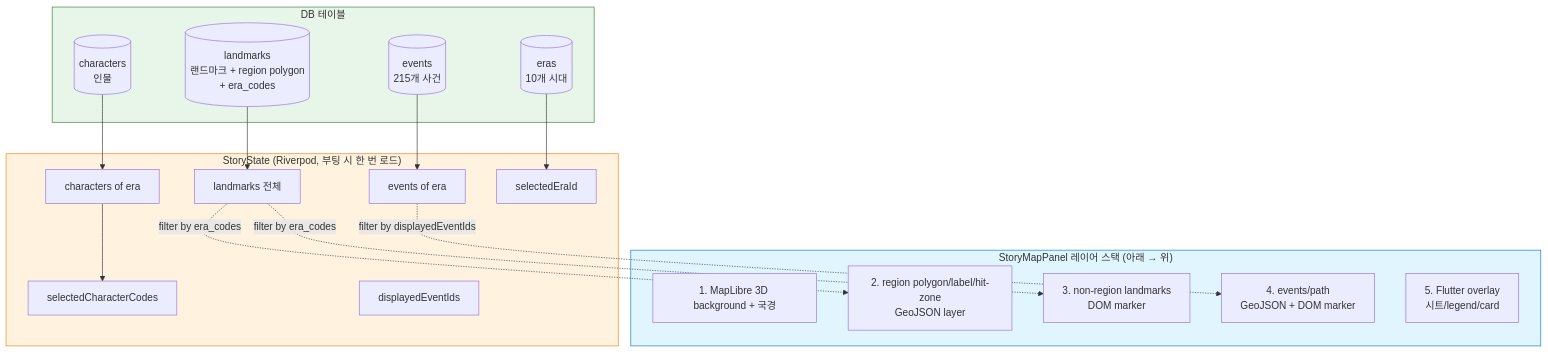
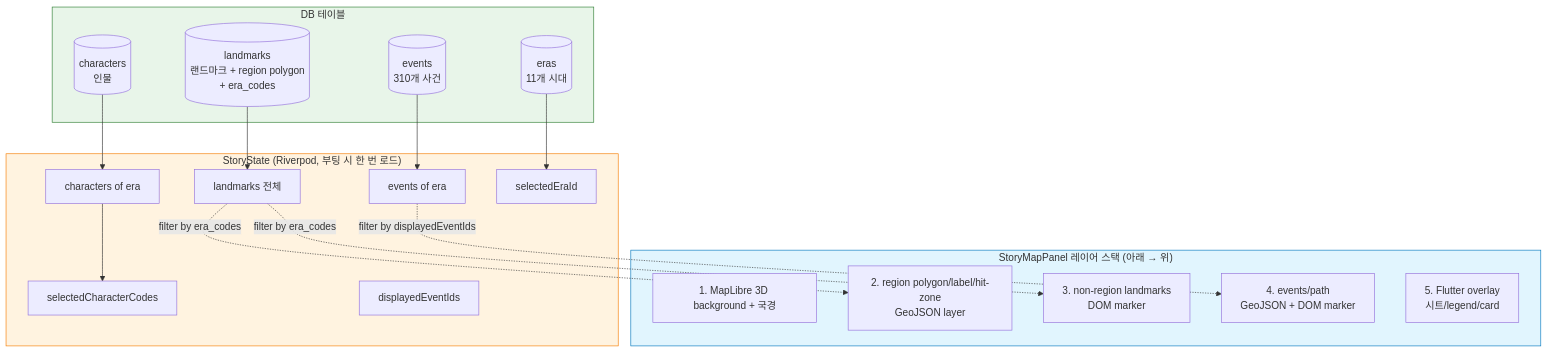
Before and after one commit to brand-i-admin/story_bible: the second of 5 diagrams in docs/guides/WORKFLOW_GUIDE.md, drawn with Mermaid. The commit also changed other lines of this file and 32 other files, not shown here.

````diff
--- a/docs/guides/WORKFLOW_GUIDE.md
+++ b/docs/guides/WORKFLOW_GUIDE.md
@@ -285,37 +290,37 @@
 ```mermaid
 flowchart TB
     subgraph DBL["DB 테이블"]
-        ER[(eras<br/>10개 시대)]
-        EV[(events<br/>215개 사건)]
+        ER[(eras<br/>11개 시대)]
+        EV[(events<br/>310개 사건)]
         LM[(landmarks<br/>랜드마크 + region polygon<br/>+ era_codes)]
         CH[(characters<br/>인물)]
     end
 
     subgraph STATE["StoryState (Riverpod, 부팅 시 한 번 로드)"]
         S1[landmarks 전체]
         S3[characters of era]
         S4[events of era]
         S5[selectedEraId]
         S6[selectedCharacterCodes]
         S7[displayedEventIds]
     end
 
     subgraph MAP["StoryMapPanel 레이어 스택 (아래 → 위)"]
         L0[1. MapLibre 3D background + 국경]
         L1[2. region polygon/label/hit-zone<br/>GeoJSON layer]
         L2[3. non-region landmarks<br/>DOM marker]
         L3[4. events/path<br/>GeoJSON + DOM marker]
         L4[5. Flutter overlay<br/>시트/legend/card]
     end
 
     LM --> S1
     S1 -.filter by era_codes.-> L1
     S1 -.filter by era_codes.-> L2
     ER --> S5
     EV --> S4 -.filter by displayedEventIds.-> L3
     CH --> S3 --> S6
 
     style DBL fill:#E8F5E9,stroke:#2E7D32
     style STATE fill:#FFF3E0,stroke:#F57C00
     style MAP fill:#E1F5FE,stroke:#0277BD
 ```
````
